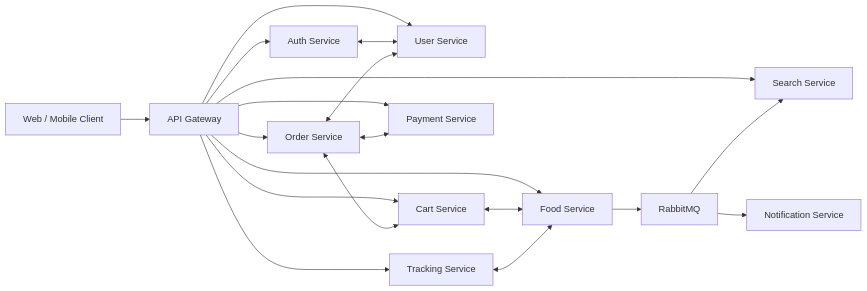
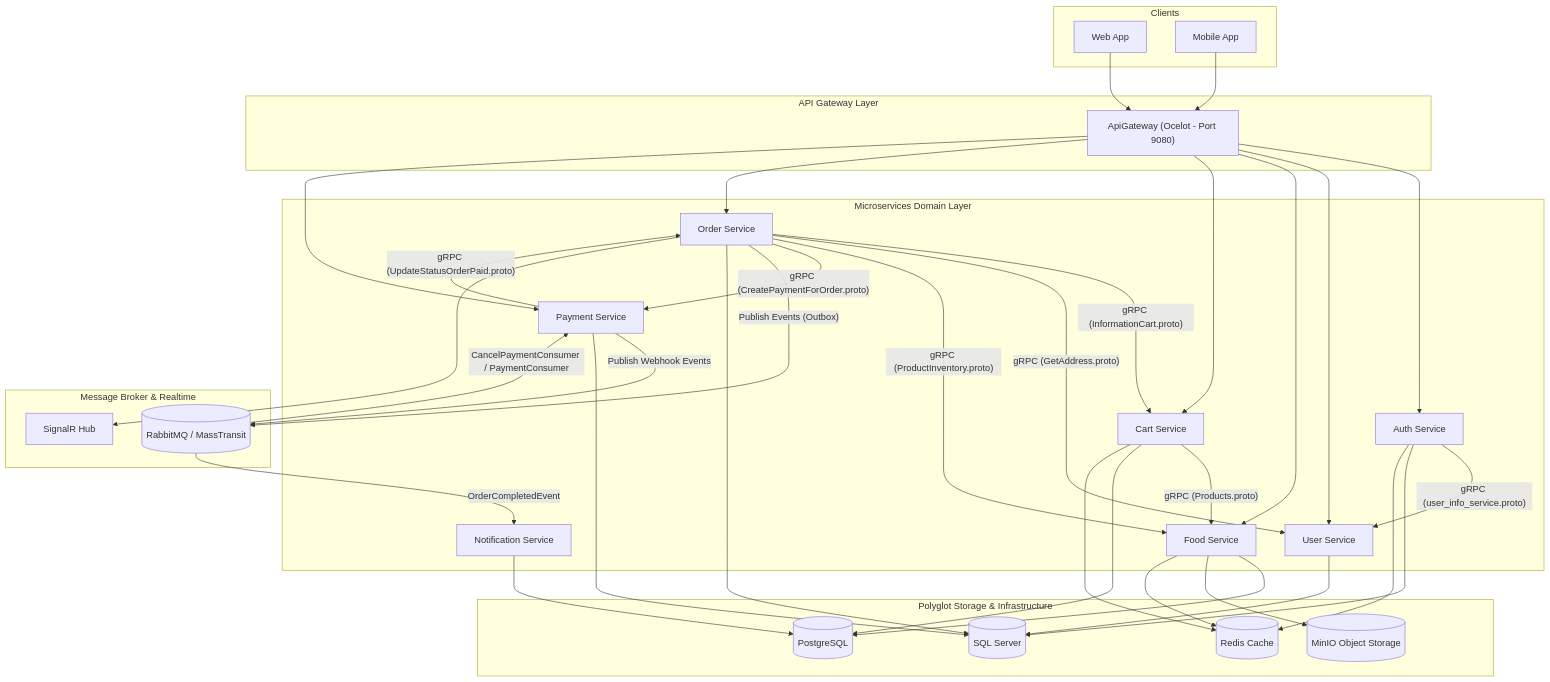
The diagram in README.md (khongphaiduc/food-ordering-microservices-ddd), drawn with Mermaid before and after one commit. The commit also changed other lines of this file, not shown here.

````diff
--- a/README.md
+++ b/README.md
@@ -42,22 +48,74 @@
 ```mermaid
-flowchart LR
-    Client["Web / Mobile Client"] --> Gateway["API Gateway"]
-    Gateway --> Auth["Auth Service"]
-    Gateway --> User["User Service"]
-    Gateway --> Food["Food Service"]
-    Gateway --> Cart["Cart Service"]
-    Gateway --> Order["Order Service"]
-    Gateway --> Payment["Payment Service"]
-    Gateway --> Search["Search Service"]
-    Gateway --> Tracking["Tracking Service"]
+flowchart TB
+    subgraph Clients["Clients"]
+        Web["Web App"]
+        Mobile["Mobile App"]
+    end
 
-    Auth <--> User
-    Cart <--> Food
-    Order <--> Cart
-    Order <--> User
-    Order <--> Payment
-    Food --> RabbitMQ["RabbitMQ"]
-    RabbitMQ --> Search
-    RabbitMQ --> Notification["Notification Service"]
-    Tracking <--> Food
+    subgraph Ingress["API Gateway Layer"]
+        Gateway["ApiGateway (Ocelot - Port 9080)"]
+    end
+
+    subgraph Services["Microservices Domain Layer"]
+        Auth["Auth Service"]
+        User["User Service"]
+        Food["Food Service"]
+        Cart["Cart Service"]
+        Order["Order Service"]
+        Payment["Payment Service"]
+        Notif["Notification Service"]
+    end
+
+    subgraph Messaging["Message Broker & Realtime"]
+        RabbitMQ[("RabbitMQ / MassTransit")]
+        SignalR["SignalR Hub"]
+    end
+
+    subgraph Storage["Polyglot Storage & Infrastructure"]
+        SQLServer[("SQL Server")]
+        PostgreSQL[("PostgreSQL")]
+        Redis[("Redis Cache")]
+        MinIO[("MinIO Object Storage")]
+    end
+
+    %% Client & Gateway
+    Web --> Gateway
+    Mobile --> Gateway
+    Gateway --> Auth
+    Gateway --> User
+    Gateway --> Food
+    Gateway --> Cart
+    Gateway --> Order
+    Gateway --> Payment
+
+    %% gRPC Service Connections
+    Auth -- "gRPC (user_info_service.proto)" --> User
+    Cart -- "gRPC (Products.proto)" --> Food
+    Order -- "gRPC (InformationCart.proto)" --> Cart
+    Order -- "gRPC (GetAddress.proto)" --> User
+    Order -- "gRPC (ProductInventory.proto)" --> Food
+    Order -- "gRPC (CreatePaymentForOrder.proto)" --> Payment
+    Payment -- "gRPC (UpdateStatusOrderPaid.proto)" --> Order
+
+    %% Event Driven & Messaging
+    Order -- "Publish Events (Outbox)" --> RabbitMQ
+    Payment -- "Publish Webhook Events" --> RabbitMQ
+    RabbitMQ -- "OrderCompletedEvent" --> Notif
+    RabbitMQ -- "CancelPaymentConsumer / PaymentConsumer" --> Payment
+
+    %% Databases & Storage
+    Auth --> SQLServer
+    User --> SQLServer
+    Order --> SQLServer
+    Payment --> SQLServer
+    
+    Food --> PostgreSQL
+    Cart --> PostgreSQL
+    Notif --> PostgreSQL
+
+    Food --> MinIO
+    Food --> Redis
+    Cart --> Redis
+    Auth --> Redis
+    Order --> SignalR
 ```
````
